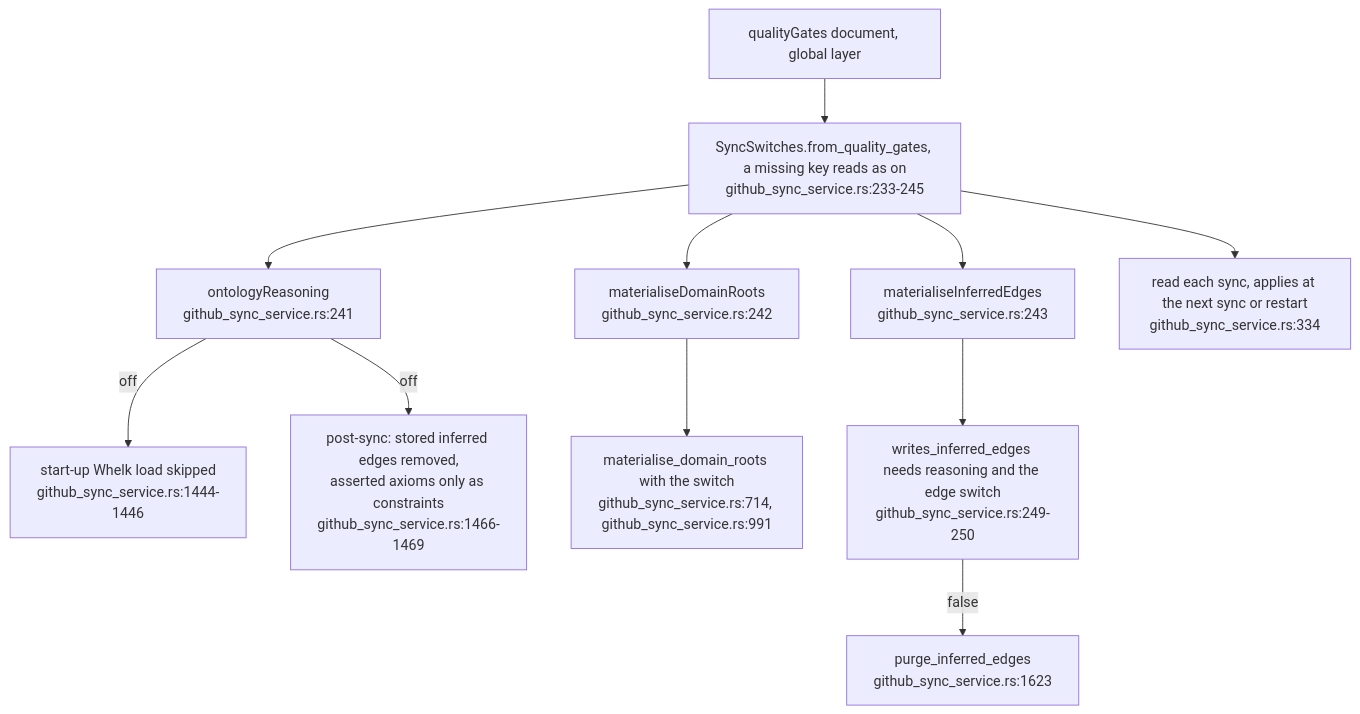
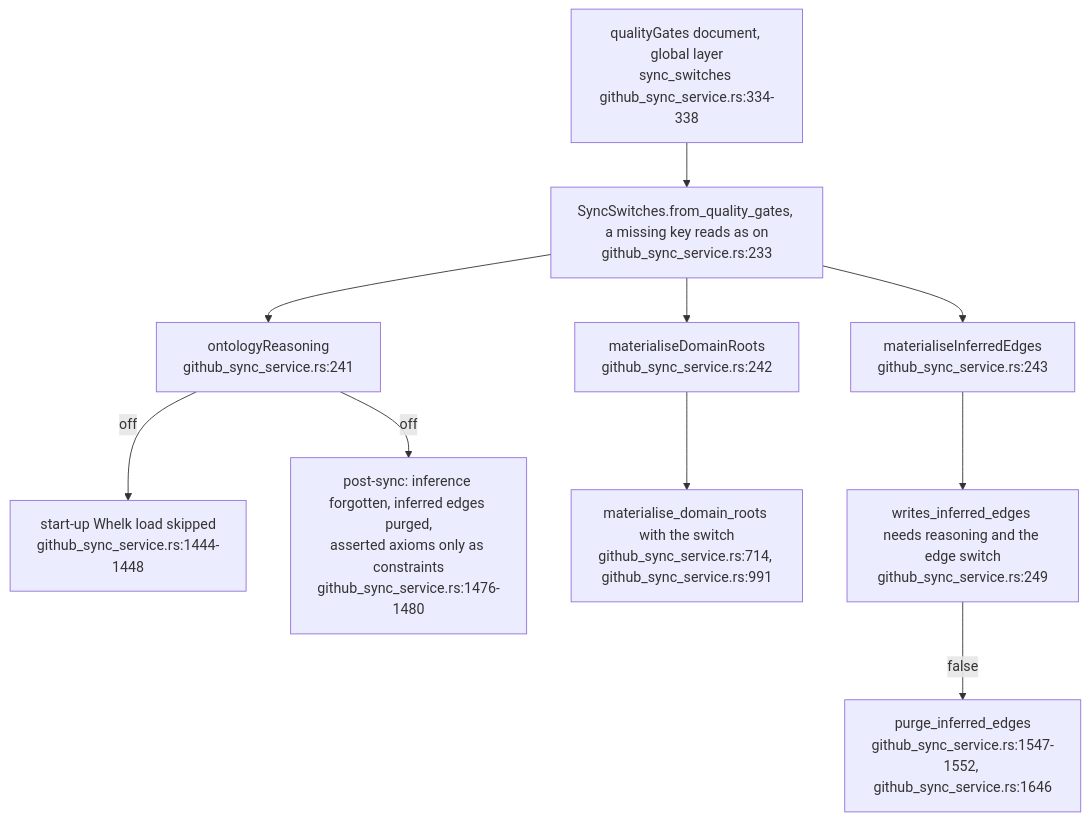
One commit to DreamLab-AI/VisionFlow changed the second of 3 diagrams in docs/diagrams/visionclaw/61-reasoner-and-node-thinning-switches.md. Above: the diagram before and after it, drawn with Mermaid. The commit also changed other lines of this file and 3 other files, not shown here.

First line of the commit message:
docs(diagrams): roll VC-58..61 to visionclaw main 010e1109b (PR 37 and 38 merged)

````diff
--- a/docs/diagrams/visionclaw/61-reasoner-and-node-thinning-switches.md
+++ b/docs/diagrams/visionclaw/61-reasoner-and-node-thinning-switches.md
@@ -56,13 +57,12 @@
 ```mermaid
 flowchart TB
-    QG["qualityGates document, global layer"] --> SW["SyncSwitches.from_quality_gates, a missing key reads as on<br/>github_sync_service.rs:233-245"]
+    QG["qualityGates document, global layer<br/>sync_switches github_sync_service.rs:334-338"] --> SW["SyncSwitches.from_quality_gates, a missing key reads as on<br/>github_sync_service.rs:233"]
     SW --> R["ontologyReasoning<br/>github_sync_service.rs:241"]
     SW --> D["materialiseDomainRoots<br/>github_sync_service.rs:242"]
     SW --> I["materialiseInferredEdges<br/>github_sync_service.rs:243"]
-    R -->|"off"| NOWH["start-up Whelk load skipped<br/>github_sync_service.rs:1444-1446"]
-    R -->|"off"| ASSERT["post-sync: stored inferred edges removed,<br/>asserted axioms only as constraints<br/>github_sync_service.rs:1466-1469"]
+    R -->|"off"| NOWH["start-up Whelk load skipped<br/>github_sync_service.rs:1444-1448"]
+    R -->|"off"| ASSERT["post-sync: inference forgotten, inferred edges purged,<br/>asserted axioms only as constraints<br/>github_sync_service.rs:1476-1480"]
     D --> ROOTS["materialise_domain_roots with the switch<br/>github_sync_service.rs:714, github_sync_service.rs:991"]
-    I --> WIE["writes_inferred_edges needs reasoning and the edge switch<br/>github_sync_service.rs:249-250"]
-    WIE -->|"false"| PURGE["purge_inferred_edges<br/>github_sync_service.rs:1623"]
-    SW --> WHEN["read each sync, applies at the next sync or restart<br/>github_sync_service.rs:334"]
+    I --> WIE["writes_inferred_edges needs reasoning and the edge switch<br/>github_sync_service.rs:249"]
+    WIE -->|"false"| PURGE["purge_inferred_edges<br/>github_sync_service.rs:1547-1552, github_sync_service.rs:1646"]
 ```
````
